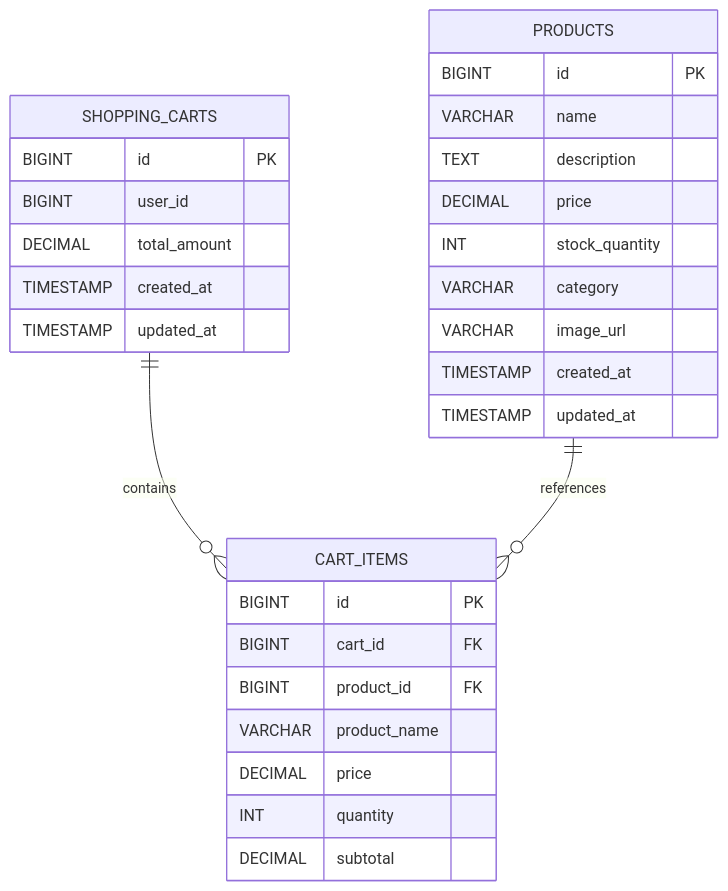
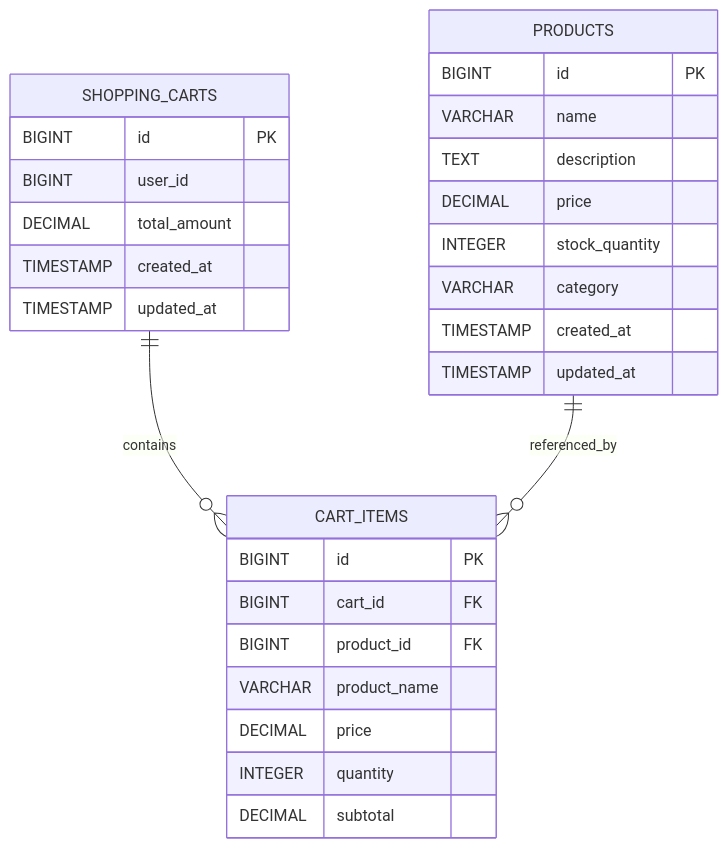
The second of 13 diagrams in docs/LLD/modified_lld.md (NavneetBN47/aava-ecom-demo), drawn with Mermaid before and after one commit. The commit also changed other lines of this file, not shown here.

````diff
--- a/docs/LLD/modified_lld.md
+++ b/docs/LLD/modified_lld.md
@@ -177,35 +167,34 @@
 ```mermaid
 erDiagram
     PRODUCTS {
         BIGINT id PK
         VARCHAR name
         TEXT description
         DECIMAL price
-        INT stock_quantity
+        INTEGER stock_quantity
         VARCHAR category
-        VARCHAR image_url
         TIMESTAMP created_at
         TIMESTAMP updated_at
     }
 
     SHOPPING_CARTS {
         BIGINT id PK
         BIGINT user_id
         DECIMAL total_amount
         TIMESTAMP created_at
         TIMESTAMP updated_at
     }
 
     CART_ITEMS {
         BIGINT id PK
         BIGINT cart_id FK
         BIGINT product_id FK
         VARCHAR product_name
         DECIMAL price
-        INT quantity
+        INTEGER quantity
         DECIMAL subtotal
     }
 
     SHOPPING_CARTS ||--o{ CART_ITEMS : contains
-    PRODUCTS ||--o{ CART_ITEMS : references
+    PRODUCTS ||--o{ CART_ITEMS : referenced_by
 ```
````
